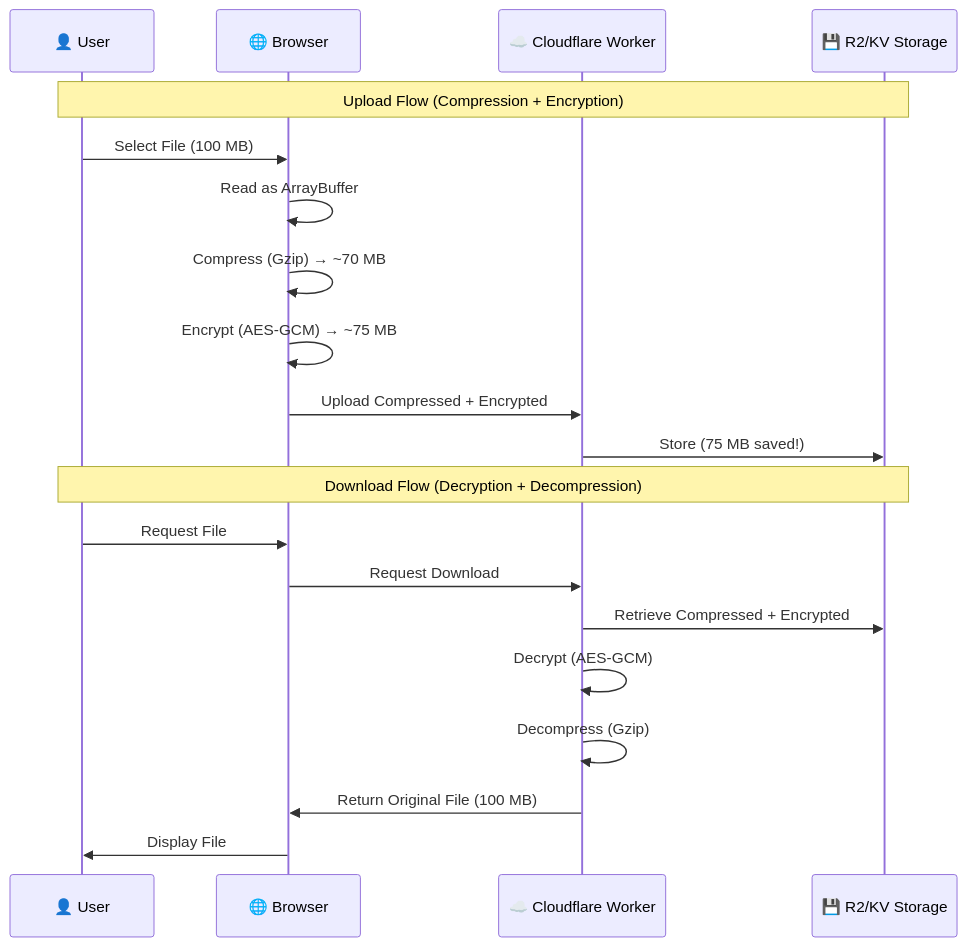
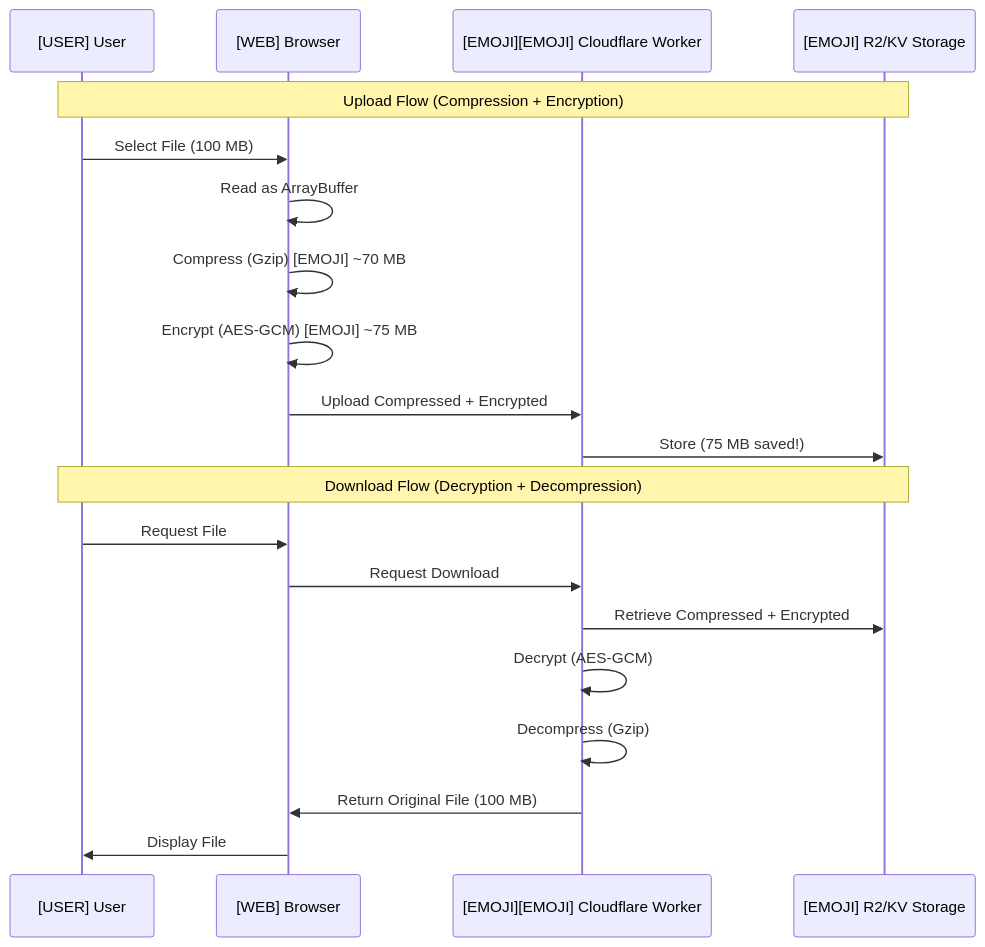
One commit to Underwood-Inc/strixun-stream-suite changed the third of 3 diagrams in serverless/shared/encryption/README.md. Above: the diagram before and after it, drawn with Mermaid. The commit also changed other lines of this file and 488 other files, not shown here.

````diff
--- a/serverless/shared/encryption/README.md
+++ b/serverless/shared/encryption/README.md
@@ -470,24 +470,24 @@
 ```mermaid
 sequenceDiagram
-    participant User as 👤 User
-    participant Browser as 🌐 Browser
-    participant Worker as ☁️ Cloudflare Worker
-    participant Storage as 💾 R2/KV Storage
+    participant User as [USER] User
+    participant Browser as [WEB] Browser
+    participant Worker as [EMOJI][EMOJI] Cloudflare Worker
+    participant Storage as [EMOJI] R2/KV Storage
     
     Note over User,Storage: Upload Flow (Compression + Encryption)
     User->>Browser: Select File (100 MB)
     Browser->>Browser: Read as ArrayBuffer
-    Browser->>Browser: Compress (Gzip) → ~70 MB
-    Browser->>Browser: Encrypt (AES-GCM) → ~75 MB
+    Browser->>Browser: Compress (Gzip) [EMOJI] ~70 MB
+    Browser->>Browser: Encrypt (AES-GCM) [EMOJI] ~75 MB
     Browser->>Worker: Upload Compressed + Encrypted
     Worker->>Storage: Store (75 MB saved!)
     
     Note over User,Storage: Download Flow (Decryption + Decompression)
     User->>Browser: Request File
     Browser->>Worker: Request Download
     Worker->>Storage: Retrieve Compressed + Encrypted
     Worker->>Worker: Decrypt (AES-GCM)
     Worker->>Worker: Decompress (Gzip)
     Worker->>Browser: Return Original File (100 MB)
     Browser->>User: Display File
 ```
````
